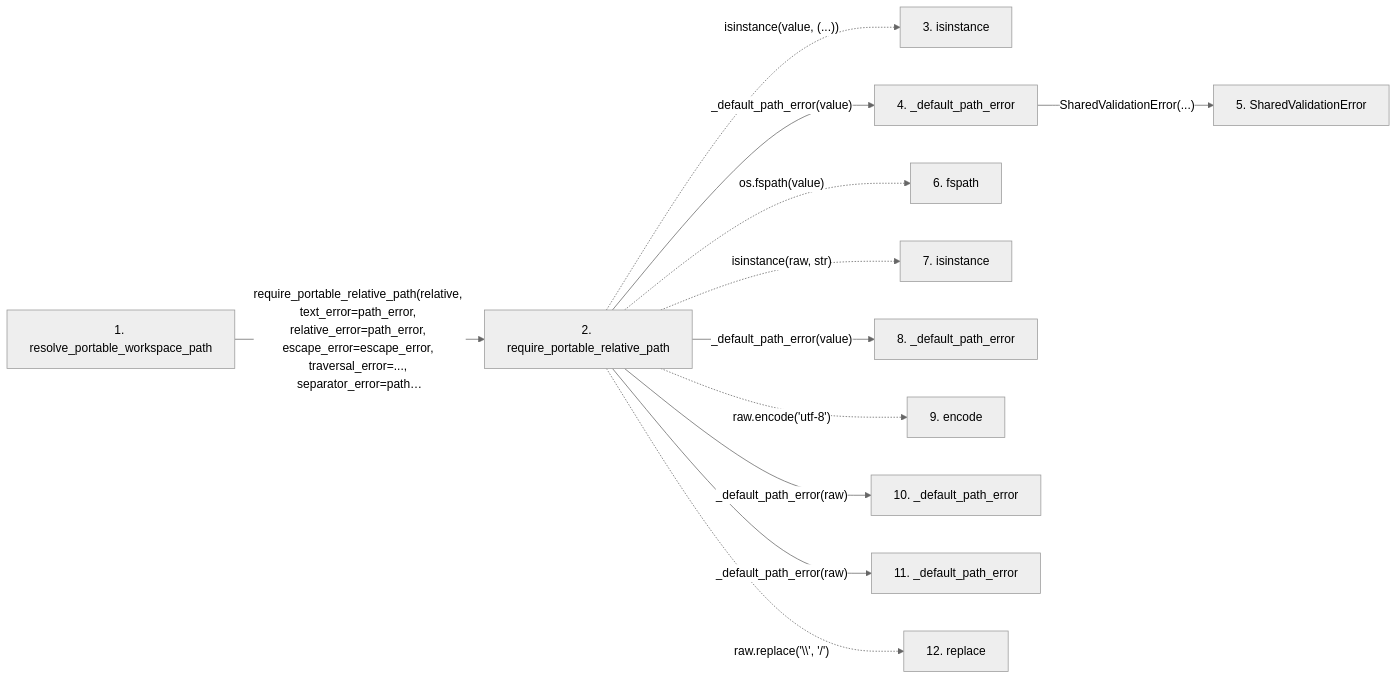
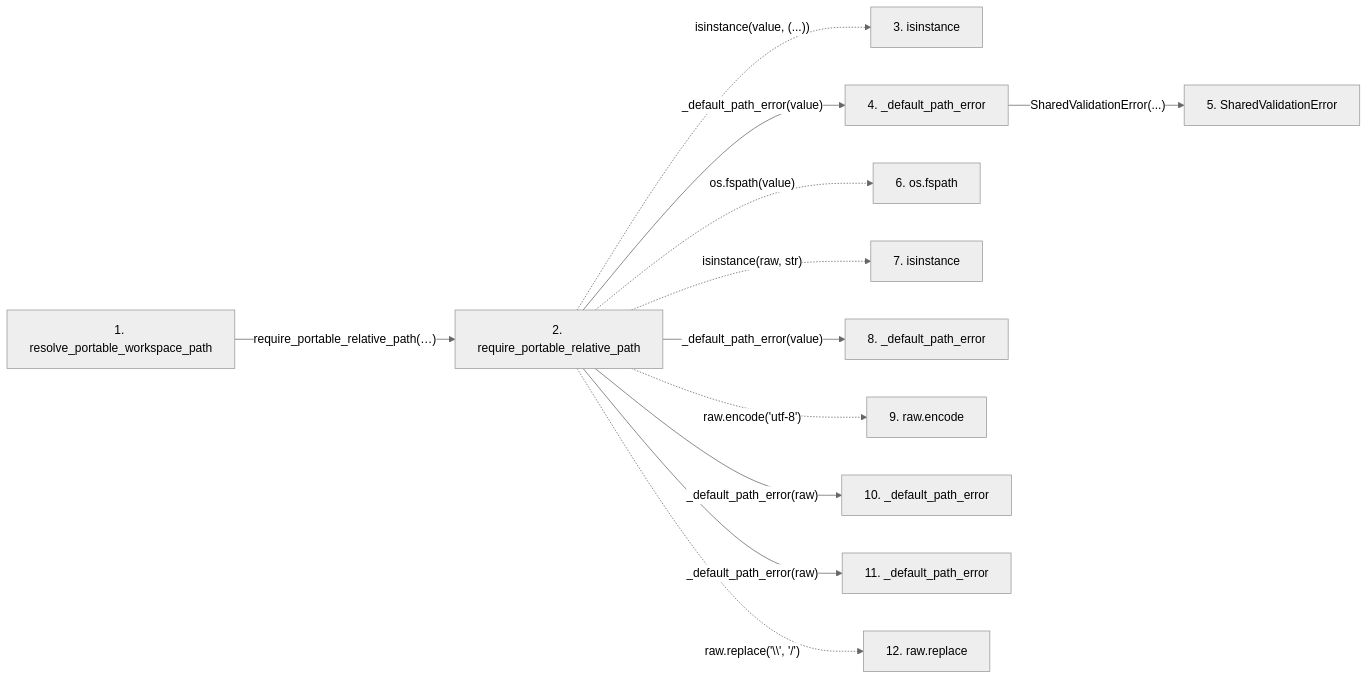
The second of 2 diagrams in docs/llm_wiki/flows/api-resolve_portable_workspace_path.md (Denissvgn/python-wiki-llm), drawn with Mermaid (neutral theme) before and after one commit. The commit also changed other lines of this file and 719 other files, not shown here.

````diff
--- a/docs/llm_wiki/flows/api-resolve_portable_workspace_path.md
+++ b/docs/llm_wiki/flows/api-resolve_portable_workspace_path.md
@@ -68,33 +70,33 @@
 ```mermaid
 flowchart LR
     s1["1. resolve_portable_workspace_path"]
     s2["2. require_portable_relative_path"]
     s3["3. isinstance"]
     s4["4. _default_path_error"]
     s5["5. SharedValidationError"]
-    s6["6. fspath"]
+    s6["6. os.fspath"]
     s7["7. isinstance"]
     s8["8. _default_path_error"]
-    s9["9. encode"]
+    s9["9. raw.encode"]
     s10["10. _default_path_error"]
     s11["11. _default_path_error"]
-    s12["12. replace"]
-    s1 -->|"require_portable_relative_path(relative, text_error=path_error, relative_error=path_error, escape_error=escape_error, traversal_error=..., separator_error=path…"| s2
+    s12["12. raw.replace"]
+    s1 -->|"require_portable_relative_path(…)"| s2
     s2 -. "isinstance(value, (...))" .-> s3
     s2 -->|"_default_path_error(value)"| s4
     s4 -->|"SharedValidationError(...)"| s5
     s2 -. "os.fspath(value)" .-> s6
     s2 -. "isinstance(raw, str)" .-> s7
     s2 -->|"_default_path_error(value)"| s8
     s2 -. "raw.encode('utf-8')" .-> s9
     s2 -->|"_default_path_error(raw)"| s10
     s2 -->|"_default_path_error(raw)"| s11
     s2 -. "raw.replace('\\', '/')" .-> s12
     click s1 "../modules/validation.md"
     click s2 "../modules/validation.md"
     click s4 "../modules/validation.md"
     click s5 "../modules/validation.md"
     click s8 "../modules/validation.md"
     click s10 "../modules/validation.md"
     click s11 "../modules/validation.md"
 ```
````
